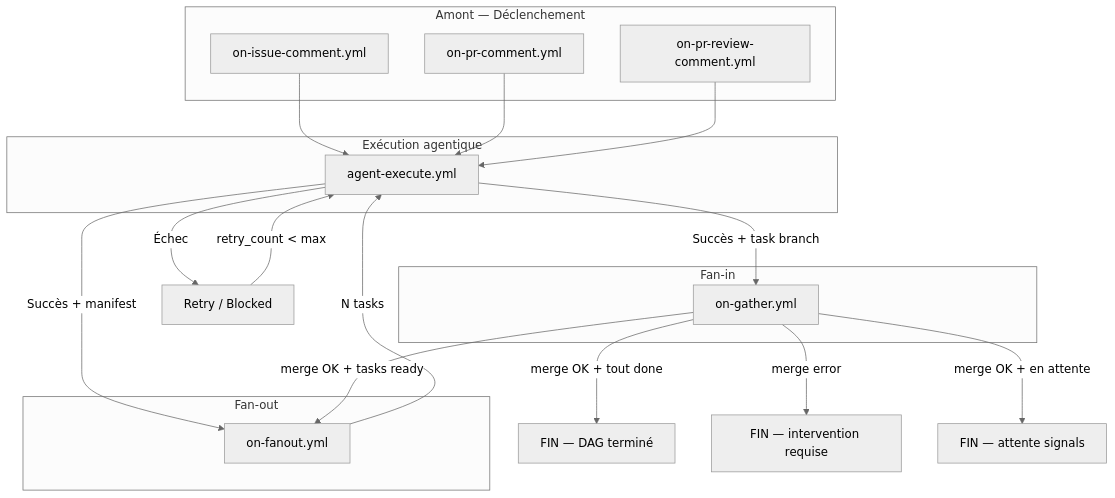
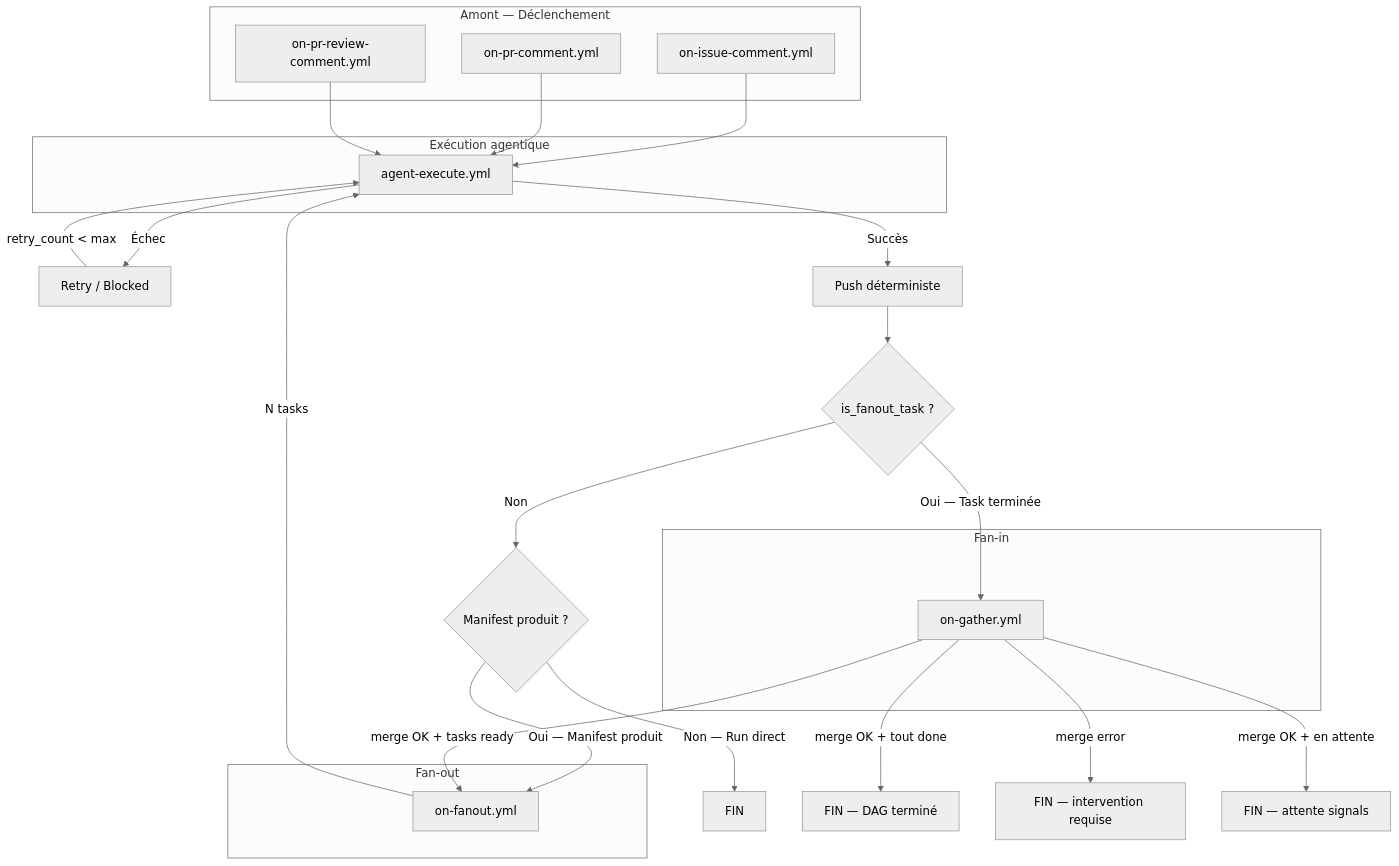
Before and after one commit to dsissoko/oneticket-core: the diagram in .oneticket/docs/what/workflow-spec.md, drawn with Mermaid (neutral theme).

Commit message:
docs(framework): update flowchart macro — is_fanout_task, 3 cas explicites (Task terminée, Manifest produit, Run direct)

````diff
--- a/.oneticket/docs/what/workflow-spec.md
+++ b/.oneticket/docs/what/workflow-spec.md
@@ -168,37 +168,45 @@
 ```mermaid
 flowchart TD
 
     subgraph AMONT["Amont — Déclenchement"]
         ISSUE["on-issue-comment.yml"]
         PR["on-pr-comment.yml"]
         REVIEW["on-pr-review-comment.yml"]
     end
 
     subgraph EXEC_BOX["Exécution agentique"]
         EXEC["agent-execute.yml"]
     end
 
     subgraph FANOUT_BOX["Fan-out"]
         FANOUT["on-fanout.yml"]
     end
 
     subgraph FANIN_BOX["Fan-in"]
         GATHER["on-gather.yml"]
     end
 
     ISSUE --> EXEC
     PR --> EXEC
     REVIEW --> EXEC
 
     EXEC -->|"Échec"| RETRY["Retry / Blocked"]
     RETRY -->|"retry_count < max"| EXEC
 
-    EXEC -->|"Succès + manifest"| FANOUT
+    EXEC -->|"Succès"| PUSH["Push déterministe"]
+
+    PUSH --> ISFANOUT{"is_fanout_task ?"}
+
+    ISFANOUT -->|"Oui — Task terminée"| GATHER
+    ISFANOUT -->|"Non"| MANIFESTCHECK{"Manifest produit ?"}
+
+    MANIFESTCHECK -->|"Oui — Manifest produit"| FANOUT
+    MANIFESTCHECK -->|"Non — Run direct"| END_SIMPLE["FIN"]
+
     FANOUT -->|"N tasks"| EXEC
 
-    EXEC -->|"Succès + task branch"| GATHER
     GATHER -->|"merge OK + tasks ready"| FANOUT
     GATHER -->|"merge OK + tout done"| DONE["FIN — DAG terminé"]
     GATHER -->|"merge error"| ERROR["FIN — intervention requise"]
     GATHER -->|"merge OK + en attente"| WAIT["FIN — attente signals"]
 ```
````
